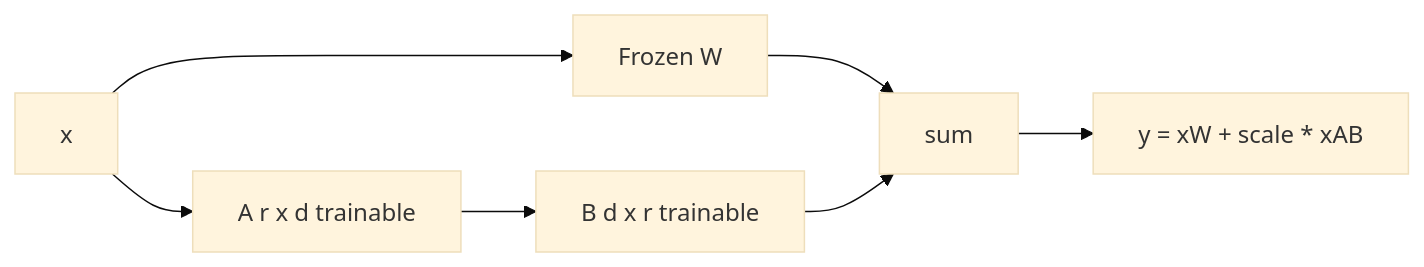
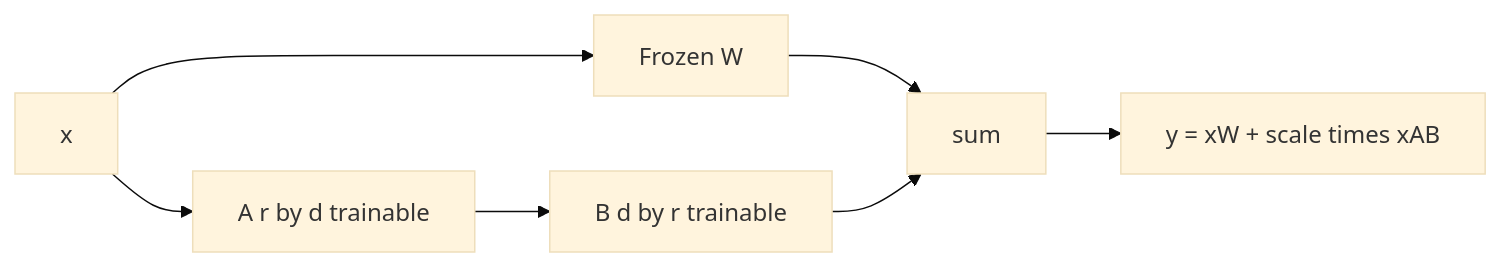
The diagram in content/genai/module-3-finetuning/session-3-peft/02-lora-and-qlora.md (satishify/BackBenchLearner), drawn with Mermaid (base theme) before and after one commit. The commit also changed other lines of this file and 199 other files, not shown here.

````diff
--- a/content/genai/module-3-finetuning/session-3-peft/02-lora-and-qlora.md
+++ b/content/genai/module-3-finetuning/session-3-peft/02-lora-and-qlora.md
@@ -42,9 +46,9 @@
 ```mermaid
 flowchart LR
     X[x] --> W[Frozen W]
-    X --> A[A r x d trainable]
-    A --> B[B d x r trainable]
+    X --> A[A r by d trainable]
+    A --> B[B d by r trainable]
     W --> S[sum]
     B --> S
-    S --> Y[y = xW + scale * xAB]
+    S --> Y[y = xW + scale times xAB]
 ```
````
